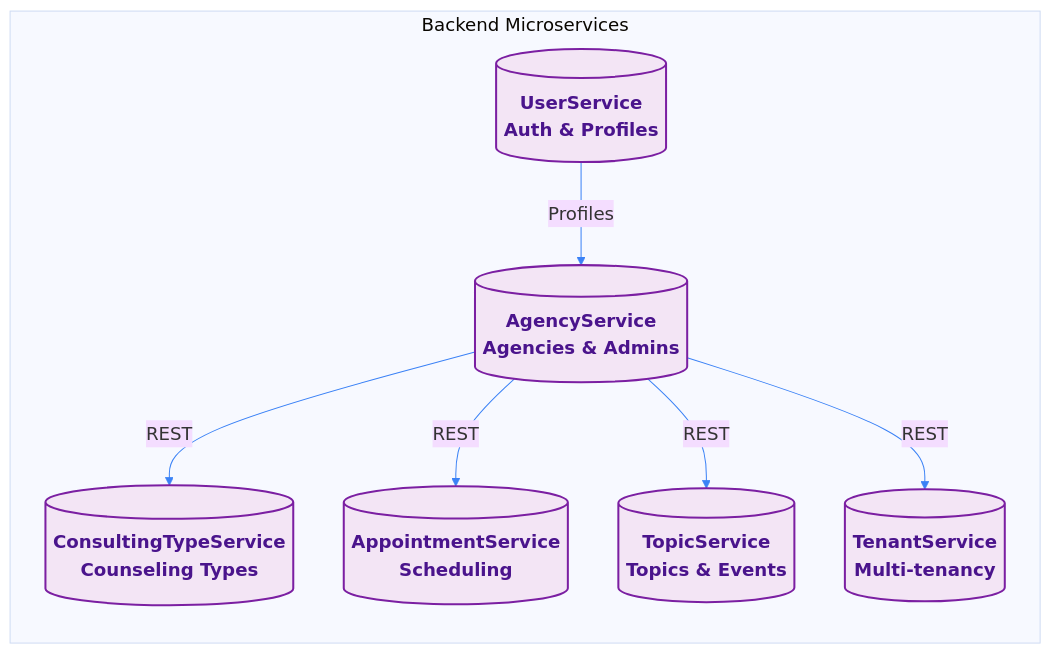
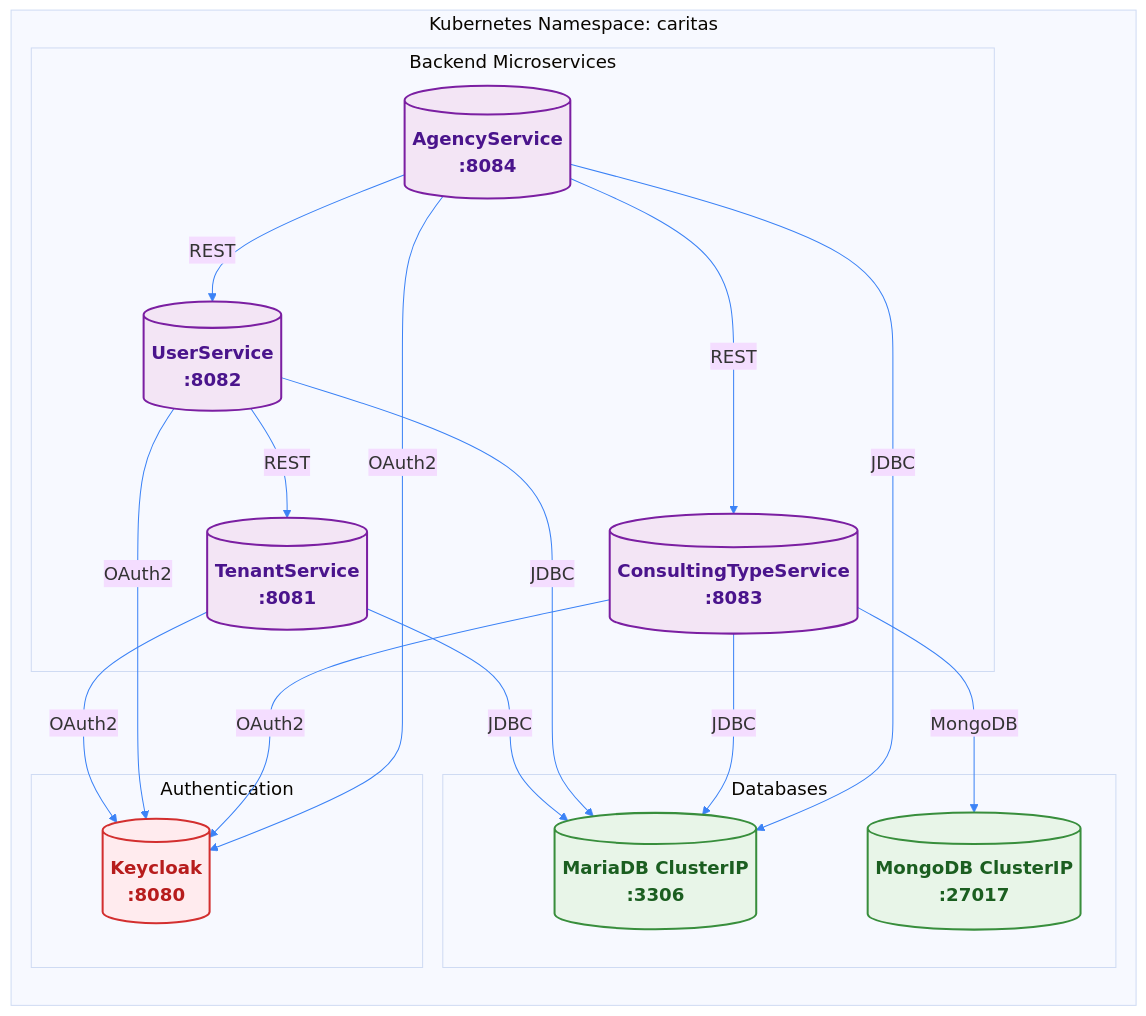
Before and after one commit to OpenResilienceInitiative/ORISO-Docs: the diagram in oriso-platform/architecture/backend.mdx, drawn with Mermaid. The commit also changed other lines of this file and 37 other files, not shown here.

Commit message:
docs: update ORISO Platform documentation for v3.0.0, including architecture, deployment, and service details

````diff
--- a/oriso-platform/architecture/backend.mdx
+++ b/oriso-platform/architecture/backend.mdx
@@ -6,25 +10,47 @@
 ```mermaid
 %%{init: { 'theme': 'base', 'themeVariables': { 'fontSize': '18px', 'lineColor': '#3B82F6' } }}%%
 
 flowchart TB
 
-  subgraph Backend["Backend Microservices"]
+  subgraph K8s["Kubernetes Namespace: caritas"]
     direction TB
-    B1[("UserService\nAuth & Profiles")]:::backend
-    B2[("TenantService\nMulti-tenancy")]:::backend
-    B3[("ConsultingTypeService\nCounseling Types")]:::backend
-    B4[("AgencyService\nAgencies & Admins")]:::backend
-    B5[("AppointmentService\nScheduling")]:::backend
-    B6[("TopicService\nTopics & Events")]:::backend
+    
+    subgraph Backend["Backend Microservices"]
+      B1[("TenantService\n:8081")]:::backend
+      B2[("UserService\n:8082")]:::backend
+      B3[("ConsultingTypeService\n:8083")]:::backend
+      B4[("AgencyService\n:8084")]:::backend
+    end
+    
+    subgraph DB["Databases"]
+      D1[("MariaDB ClusterIP\n:3306")]:::database
+      D2[("MongoDB ClusterIP\n:27017")]:::database
+    end
+    
+    subgraph Auth["Authentication"]
+      A1[("Keycloak\n:8080")]:::auth
+    end
   end
 
-  %% Inter-service REST (examples)
+  %% Service connections
+  B1 -->|JDBC| D1
+  B2 -->|JDBC| D1
+  B3 -->|JDBC| D1
+  B4 -->|JDBC| D1
+  B3 -->|MongoDB| D2
+  
+  B1 -->|OAuth2| A1
+  B2 -->|OAuth2| A1
+  B3 -->|OAuth2| A1
+  B4 -->|OAuth2| A1
+  
+  %% Inter-service communication
   B4 -->|REST| B3
-  B4 -->|REST| B5
-  B4 -->|REST| B6
   B4 -->|REST| B2
-  B1 -->|Profiles| B4
+  B2 -->|REST| B1
 
   %% Styling
   classDef backend fill:#f3e5f5,stroke:#7b1fa2,stroke-width:2px,color:#4a148c,font-weight:bold
+  classDef database fill:#e8f5e8,stroke:#388e3c,stroke-width:2px,color:#1b5e20,font-weight:bold
+  classDef auth fill:#ffebee,stroke:#d32f2f,stroke-width:2px,color:#b71c1c,font-weight:bold
 ```
````
